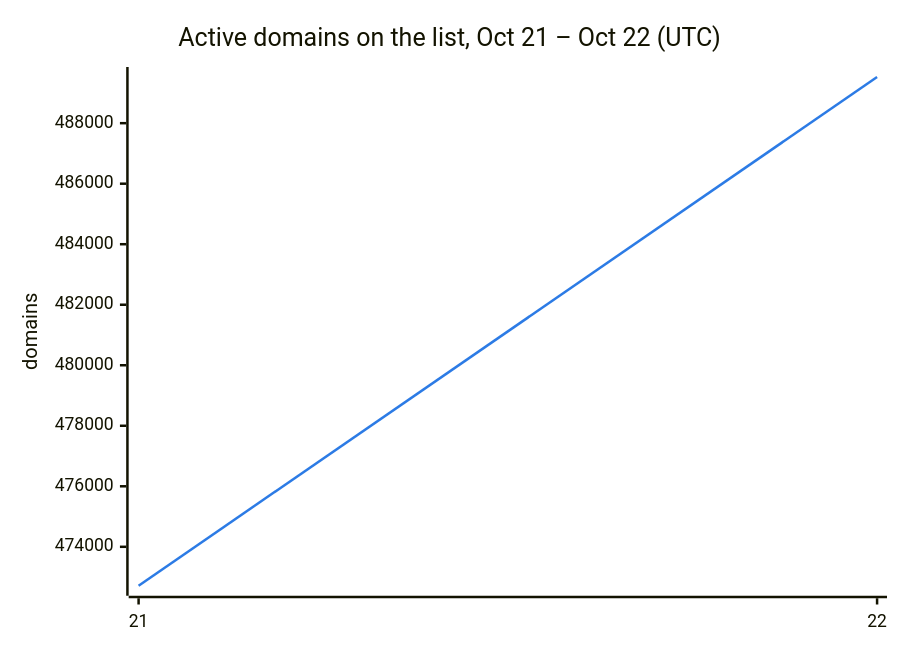
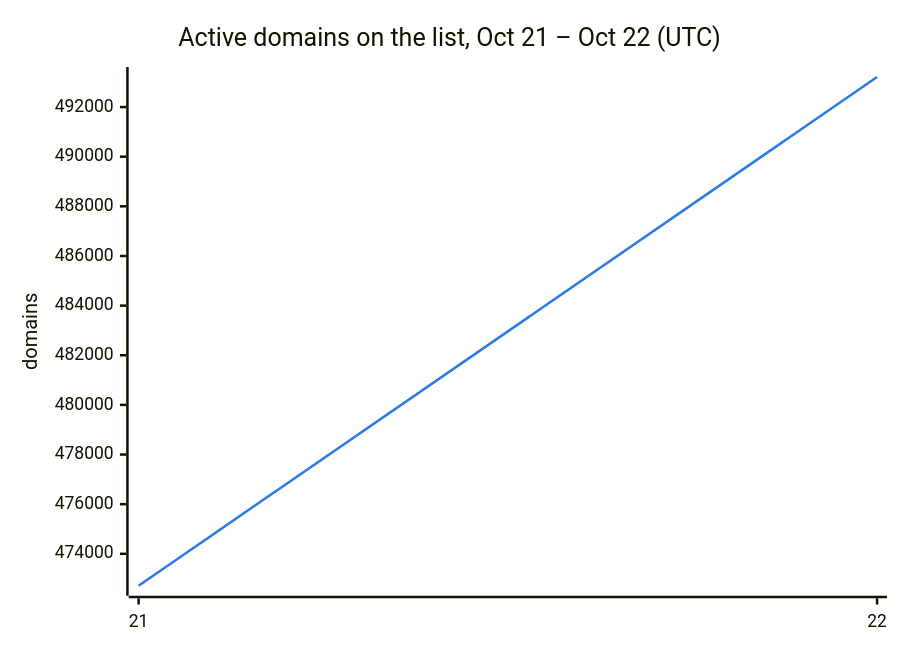
The second of 3 diagrams in README.md (DNSBunker/CTI), drawn with Mermaid before and after one commit. The commit also changed other lines of this file and 3 other files, not shown here.

````diff
--- a/README.md
+++ b/README.md
@@ -38,8 +38,8 @@
 ```mermaid
 %%{init: {"themeVariables": {"xyChart": {"plotColorPalette": "#2c7be5"}}}}%%
 xychart-beta
     title "Active domains on the list, Oct 21 – Oct 22 (UTC)"
     x-axis ["21", "22"]
     y-axis "domains"
-    line [472713, 489526]
+    line [472713, 493211]
 ```
````
